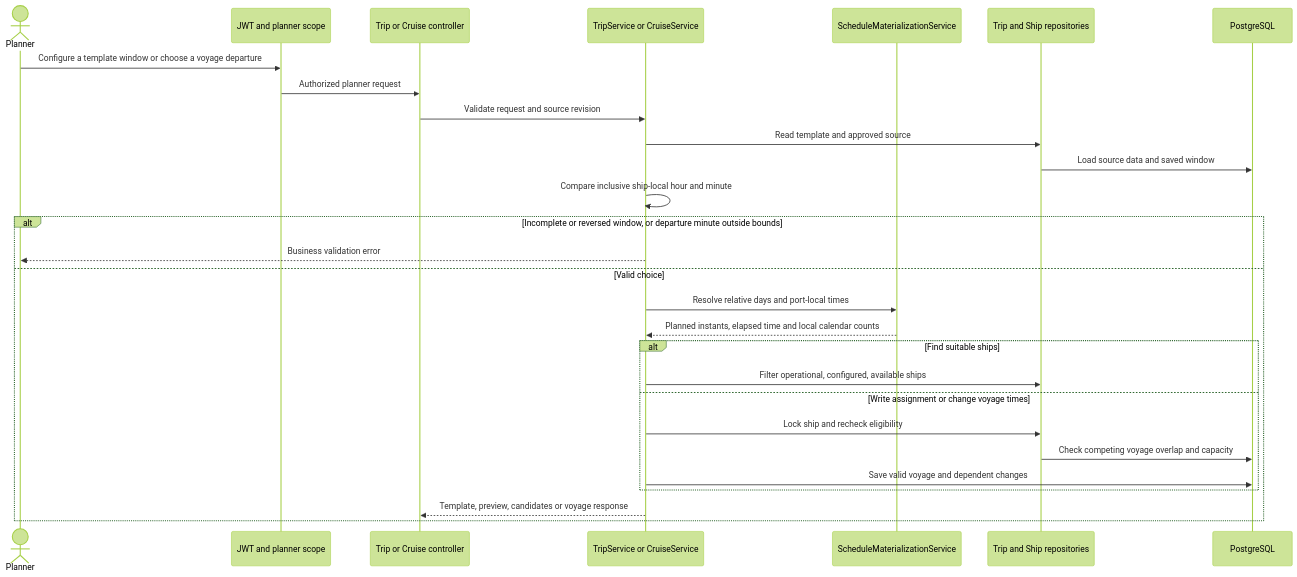
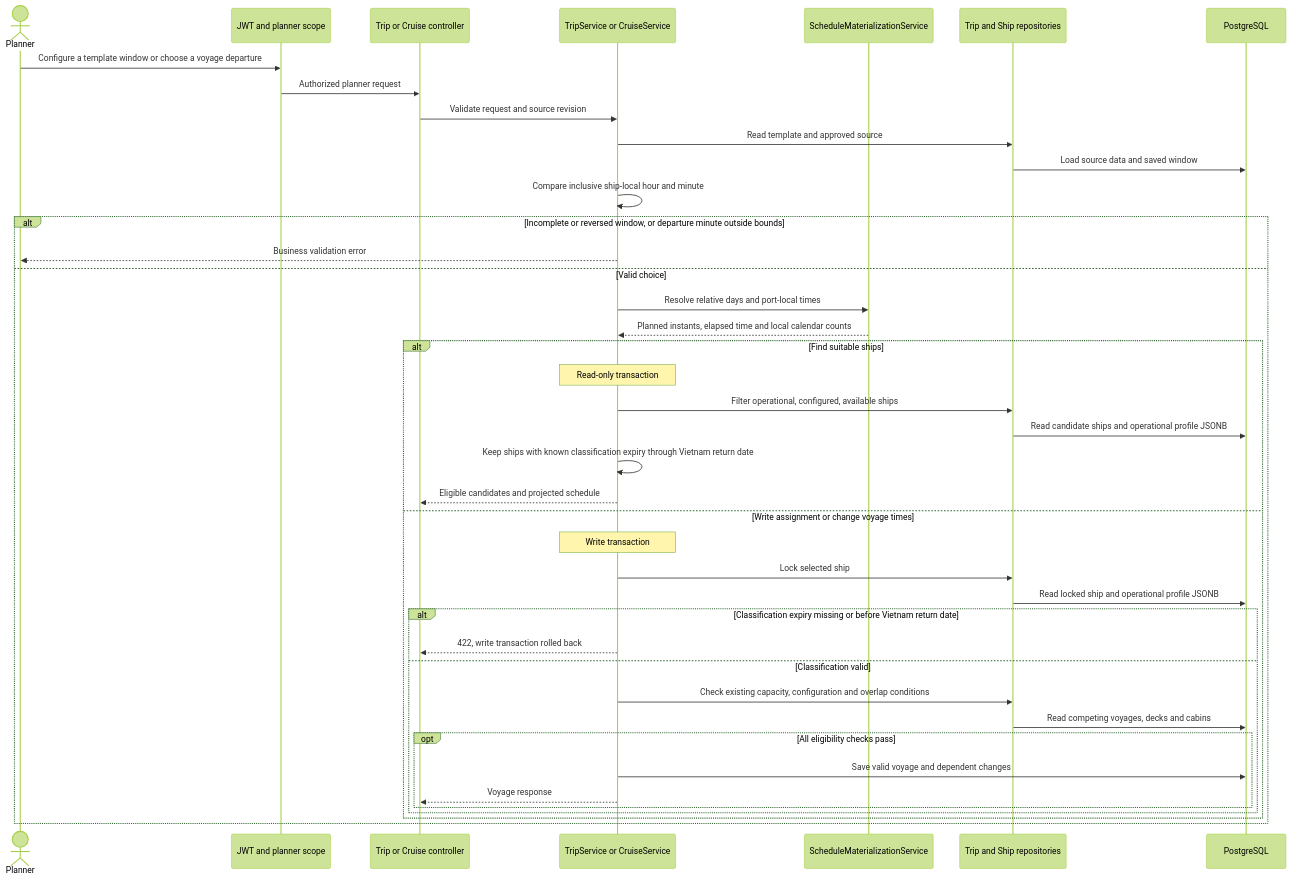
One commit to ShiroSs00/CASMS_Backend changed the diagram in docs/sequence-diagrams/TRIP-DEPARTURE-WINDOW.md. Above: the diagram before and after it, drawn with Mermaid (forest theme). The commit also changed other lines of this file and 49 other files, not shown here.

Commit message:
Enforce ship classification validity and lifecycle

````diff
--- a/docs/sequence-diagrams/TRIP-DEPARTURE-WINDOW.md
+++ b/docs/sequence-diagrams/TRIP-DEPARTURE-WINDOW.md
@@ -3,30 +3,43 @@
 ```mermaid
 sequenceDiagram
     actor Planner
     participant Security as JWT and planner scope
     participant Controller as Trip or Cruise controller
     participant Service as TripService or CruiseService
     participant Projection as ScheduleMaterializationService
     participant Repo as Trip and Ship repositories
     participant DB as PostgreSQL
     Planner->>Security: Configure a template window or choose a voyage departure
     Security->>Controller: Authorized planner request
     Controller->>Service: Validate request and source revision
     Service->>Repo: Read template and approved source
     Repo->>DB: Load source data and saved window
     Service->>Service: Compare inclusive ship-local hour and minute
     alt Incomplete or reversed window, or departure minute outside bounds
         Service-->>Planner: Business validation error
     else Valid choice
         Service->>Projection: Resolve relative days and port-local times
         Projection-->>Service: Planned instants, elapsed time and local calendar counts
         alt Find suitable ships
+            Note over Service: Read-only transaction
             Service->>Repo: Filter operational, configured, available ships
+            Repo->>DB: Read candidate ships and operational profile JSONB
+            Service->>Service: Keep ships with known classification expiry through Vietnam return date
+            Service-->>Controller: Eligible candidates and projected schedule
         else Write assignment or change voyage times
-            Service->>Repo: Lock ship and recheck eligibility
-            Repo->>DB: Check competing voyage overlap and capacity
-            Service->>DB: Save valid voyage and dependent changes
+            Note over Service: Write transaction
+            Service->>Repo: Lock selected ship
+            Repo->>DB: Read locked ship and operational profile JSONB
+            alt Classification expiry missing or before Vietnam return date
+                Service-->>Controller: 422, write transaction rolled back
+            else Classification valid
+                Service->>Repo: Check existing capacity, configuration and overlap conditions
+                Repo->>DB: Read competing voyages, decks and cabins
+                opt All eligibility checks pass
+                    Service->>DB: Save valid voyage and dependent changes
+                    Service-->>Controller: Voyage response
+                end
+            end
         end
-        Service-->>Controller: Template, preview, candidates or voyage response
     end
 ```
````
